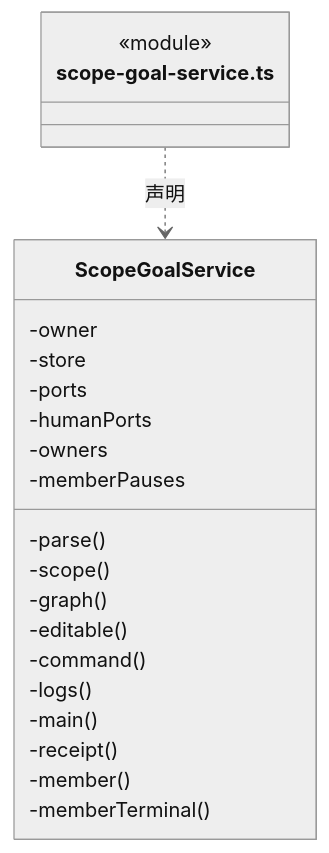
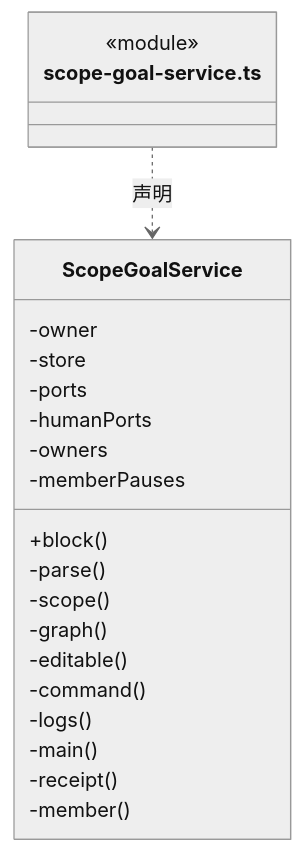
One commit to nan023062/cbim changed diagram 11 of 22 in src/backend/scheduler-engine/goals/ARCHITECTURE.md. Above: the diagram before and after it, drawn with Mermaid (neutral theme). The commit also changed other lines of this file and 41 other files, not shown here.

````diff
--- a/src/backend/scheduler-engine/goals/ARCHITECTURE.md
+++ b/src/backend/scheduler-engine/goals/ARCHITECTURE.md
@@ -257,25 +257,25 @@
 ```mermaid
 classDiagram
 class N_src_backend_scheduler_engine_goals_scope_goal_service_ts["scope-goal-service.ts"] {
   <<module>>
 }
 class N_src_backend_scheduler_engine_goals_scope_goal_service_ts_ScopeGoalService["ScopeGoalService"] {
+  +block()
   -owner
   -store
   -ports
   -humanPorts
   -owners
   -memberPauses
   -parse()
   -scope()
   -graph()
   -editable()
   -command()
   -logs()
   -main()
   -receipt()
   -member()
-  -memberTerminal()
 }
 N_src_backend_scheduler_engine_goals_scope_goal_service_ts ..> N_src_backend_scheduler_engine_goals_scope_goal_service_ts_ScopeGoalService : 声明
 ```
````
